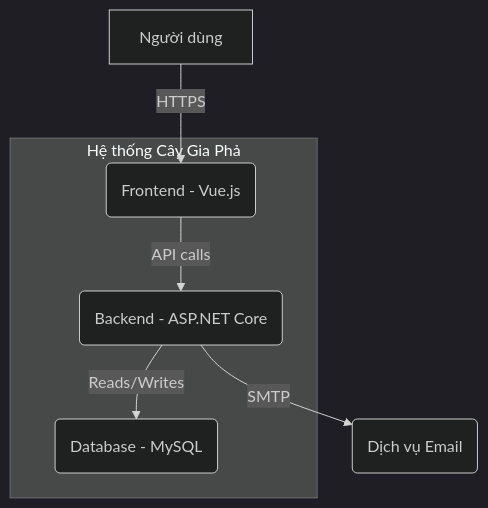
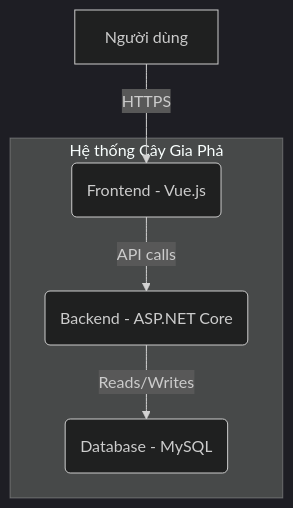
Before and after one commit to hkthao/family-tree-3: the second of 5 diagrams in docs/engineering/architecture.md, drawn with Mermaid (dark theme). The commit also changed other lines of this file and 9 other files, not shown here.

````diff
--- a/docs/engineering/architecture.md
+++ b/docs/engineering/architecture.md
@@ -36,10 +36,9 @@
 ```mermaid
 graph TD
     subgraph "Hệ thống Cây Gia Phả"
         A(Frontend - Vue.js) -->|API calls| B(Backend - ASP.NET Core)
         B -->|Reads/Writes| C(Database - MySQL)
     end
 
     D[Người dùng] -->|HTTPS| A
-    B -->|SMTP| E(Dịch vụ Email)
 ```
````
